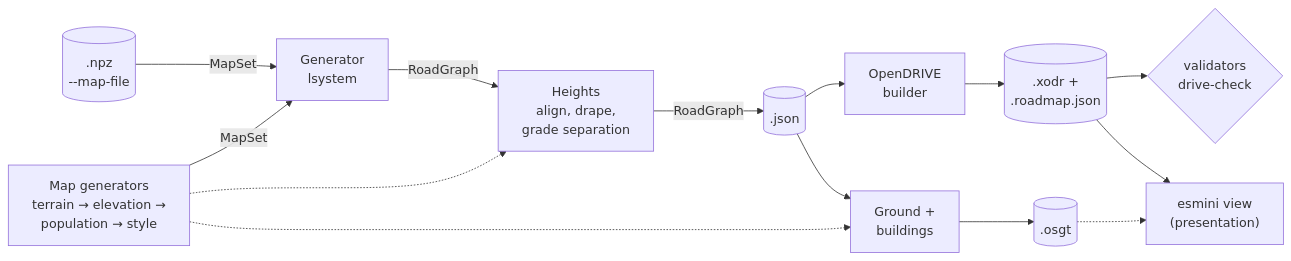
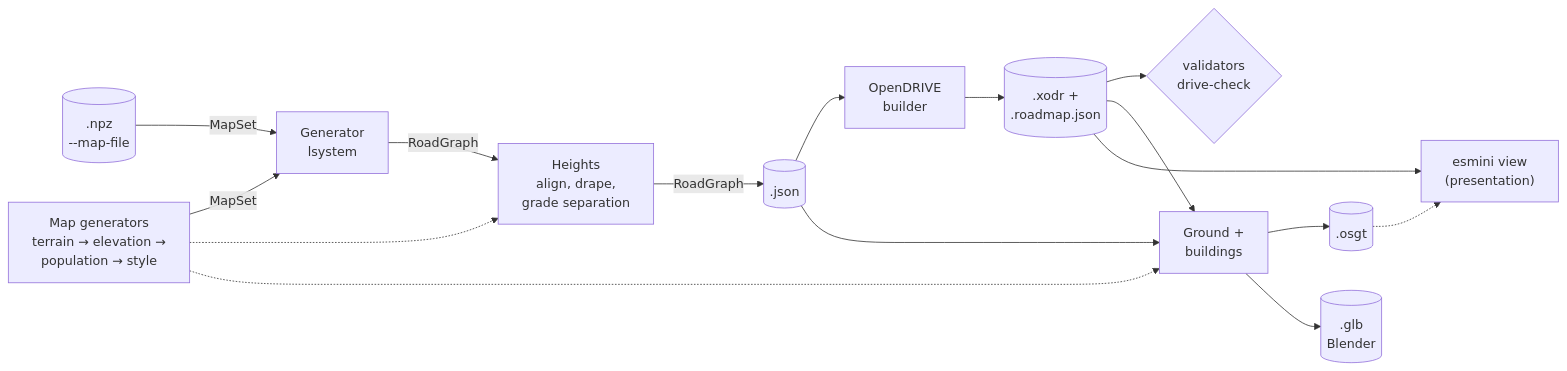
Before and after one commit to Cydonia01/Procedural-Road-Network-Generation: the diagram in docs/architecture.md, drawn with Mermaid. The commit also changed other lines of this file and 13 other files, not shown here.

First line of the commit message:
NF6 (G1): Blender export as .glb with our own road mesh

````diff
--- a/docs/architecture.md
+++ b/docs/architecture.md
@@ -9,15 +9,17 @@
 ```mermaid
 flowchart LR
     MP["Map generators<br/>terrain → elevation →<br/>population → style"] -->|MapSet| G
     MF[(".npz<br/>--map-file")] -->|MapSet| G
     G["Generator<br/>lsystem"] -->|RoadGraph| H["Heights<br/>align, drape,<br/>grade separation"]
     MP -.-> H
     H -->|RoadGraph| J[(".json")]
     J --> B["OpenDRIVE<br/>builder"]
     B --> X[(".xodr +<br/>.roadmap.json")]
     X --> V{"validators<br/>drive-check"}
     J --> SC["Ground +<br/>buildings"] --> OS[(".osgt")]
+    X --> SC
+    SC --> GLB[(".glb<br/>Blender")]
     MP -.-> SC
     X --> E["esmini view<br/>(presentation)"]
     OS -.-> E
 ```
````
